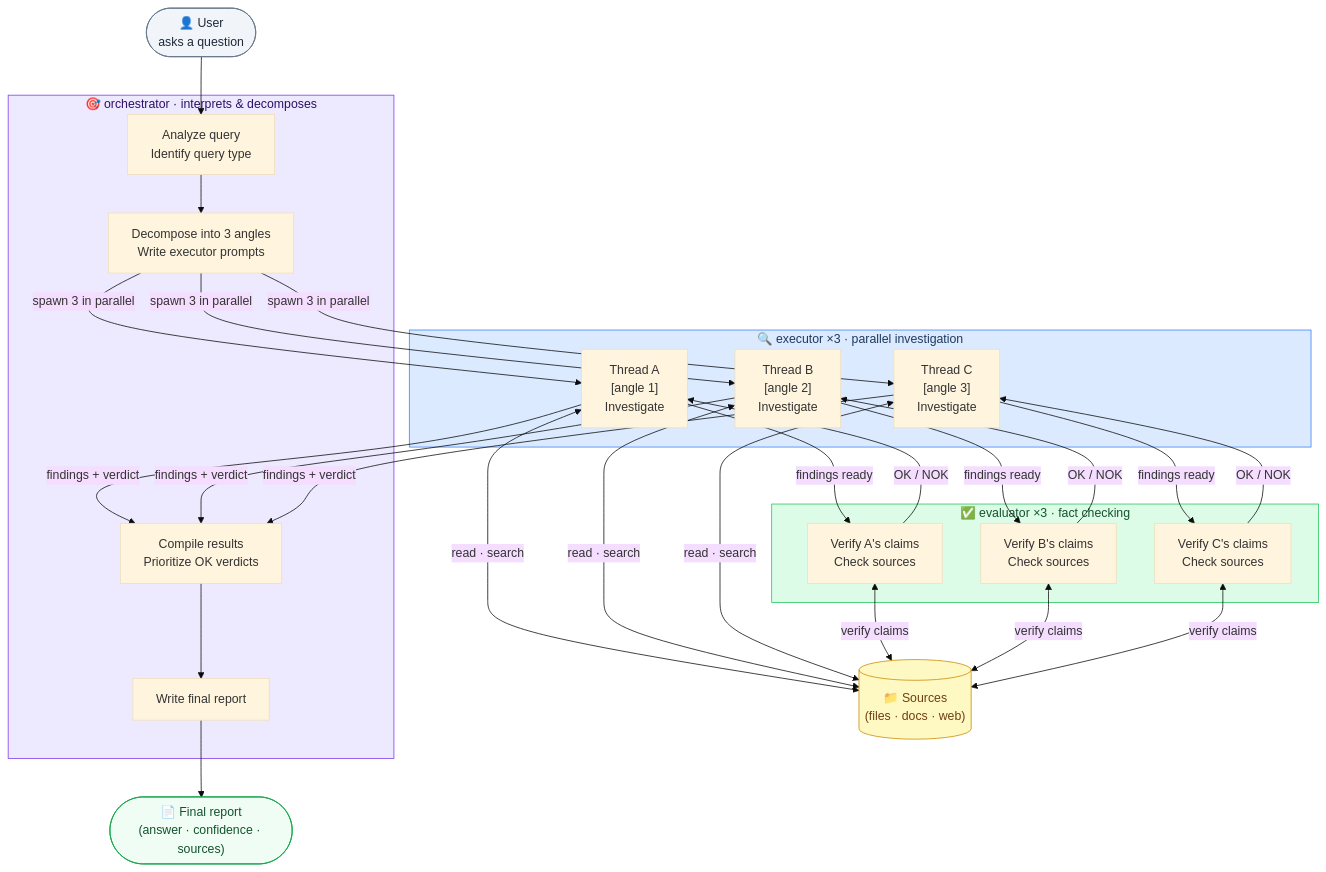
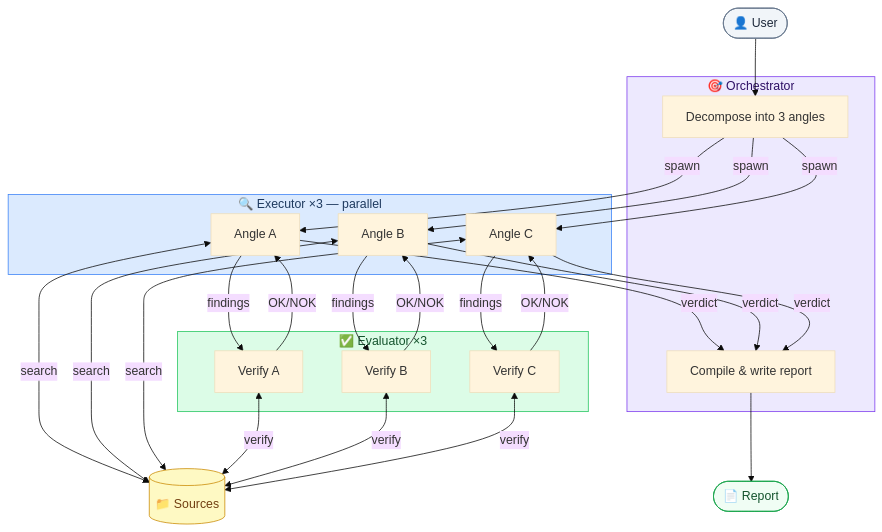
The diagram in workflow.mmd (Nielk74/dummy), drawn with Mermaid (base theme) before and after one commit. The commit also changed 1 other file, not shown here.

Commit message:
Simplify workflow diagram

```diff
--- a/workflow.mmd
+++ b/workflow.mmd
@@ -1,61 +1,57 @@
 flowchart TD
-    User(["👤 User\nasks a question"])
+    User(["👤 User"])
 
-    subgraph orchestrator["🎯 orchestrator  ·  interprets & decomposes"]
-        O1["Analyze query\nIdentify query type"]
-        O2["Decompose into 3 angles\nWrite executor prompts"]
-        O3["Compile results\nPrioritize OK verdicts"]
-        O4["Write final report"]
+    subgraph orchestrator["🎯 Orchestrator"]
+        O1["Decompose into 3 angles"]
+        O2["Compile & write report"]
     end
 
-    subgraph executors["🔍 executor ×3  ·  parallel investigation"]
-        E1["Thread A\n[angle 1]\nInvestigate"]
-        E2["Thread B\n[angle 2]\nInvestigate"]
-        E3["Thread C\n[angle 3]\nInvestigate"]
+    subgraph executors["🔍 Executor ×3  — parallel"]
+        E1["Angle A"]
+        E2["Angle B"]
+        E3["Angle C"]
     end
 
-    subgraph evaluators["✅ evaluator ×3  ·  fact checking"]
-        EV1["Verify A's claims\nCheck sources"]
-        EV2["Verify B's claims\nCheck sources"]
-        EV3["Verify C's claims\nCheck sources"]
+    subgraph evaluators["✅ Evaluator ×3"]
+        EV1["Verify A"]
+        EV2["Verify B"]
+        EV3["Verify C"]
     end
 
-    Codebase[("📁 Sources\n(files · docs · web)")]
-    Report(["📄 Final report\n(answer · confidence · sources)"])
+    Sources[("📁 Sources")]
+    Report(["📄 Report"])
 
     User --> O1
-    O1 --> O2
 
-    O2 -->|"spawn 3 in parallel"| E1
-    O2 -->|"spawn 3 in parallel"| E2
-    O2 -->|"spawn 3 in parallel"| E3
+    O1 -->|"spawn"| E1
+    O1 -->|"spawn"| E2
+    O1 -->|"spawn"| E3
 
-    E1 <-->|"read · search"| Codebase
-    E2 <-->|"read · search"| Codebase
-    E3 <-->|"read · search"| Codebase
+    E1 <-->|"search"| Sources
+    E2 <-->|"search"| Sources
+    E3 <-->|"search"| Sources
 
-    E1 -->|"findings ready"| EV1
-    E2 -->|"findings ready"| EV2
-    E3 -->|"findings ready"| EV3
+    E1 -->|"findings"| EV1
+    E2 -->|"findings"| EV2
+    E3 -->|"findings"| EV3
 
-    EV1 <-->|"verify claims"| Codebase
-    EV2 <-->|"verify claims"| Codebase
-    EV3 <-->|"verify claims"| Codebase
+    EV1 <-->|"verify"| Sources
+    EV2 <-->|"verify"| Sources
+    EV3 <-->|"verify"| Sources
 
-    EV1 -->|"OK / NOK"| E1
-    EV2 -->|"OK / NOK"| E2
-    EV3 -->|"OK / NOK"| E3
+    EV1 -->|"OK/NOK"| E1
+    EV2 -->|"OK/NOK"| E2
+    EV3 -->|"OK/NOK"| E3
 
-    E1 -->|"findings + verdict"| O3
-    E2 -->|"findings + verdict"| O3
-    E3 -->|"findings + verdict"| O3
+    E1 -->|"verdict"| O2
+    E2 -->|"verdict"| O2
+    E3 -->|"verdict"| O2
 
-    O3 --> O4
-    O4 --> Report
+    O2 --> Report
 
     style orchestrator fill:#ede9fe,stroke:#7c3aed,color:#2e1065
     style executors fill:#dbeafe,stroke:#3b82f6,color:#1e3a5f
     style evaluators fill:#dcfce7,stroke:#22c55e,color:#14532d
-    style Codebase fill:#fef9c3,stroke:#ca8a04,color:#713f12
+    style Sources fill:#fef9c3,stroke:#ca8a04,color:#713f12
     style User fill:#f1f5f9,stroke:#64748b,color:#1e293b
     style Report fill:#f0fdf4,stroke:#16a34a,color:#14532d
```
